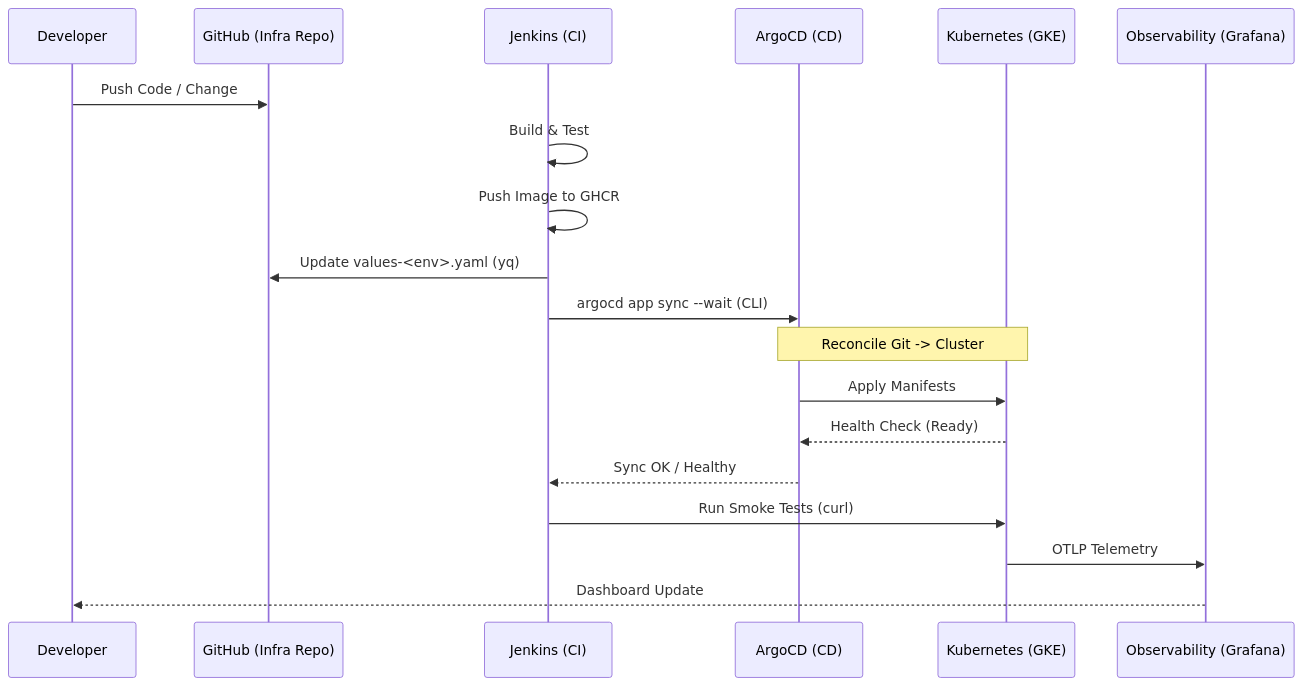
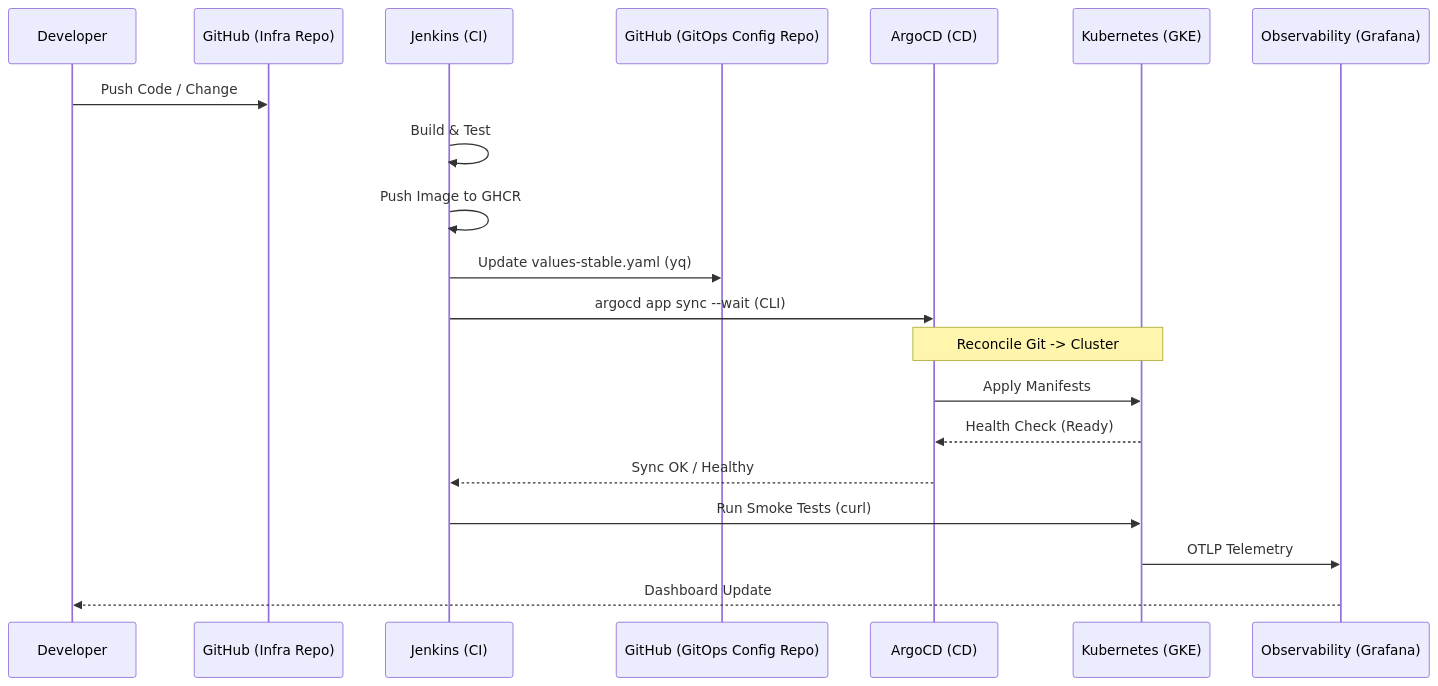
The fourth of 8 diagrams in README.md (nubenetes/jenkins-2026), drawn with Mermaid before and after one commit. The commit also changed other lines of this file, not shown here.

Commit message:
docs: improve and enrich all main README diagrams to cover Karpenter and GitOps decoupled flows

````diff
--- a/README.md
+++ b/README.md
@@ -409,22 +409,23 @@
 ```mermaid
 sequenceDiagram
     participant Dev as Developer
-    participant GH as GitHub (Infra Repo)
+    participant GH_Infra as GitHub (Infra Repo)
     participant J as Jenkins (CI)
+    participant GH_GitOps as GitHub (GitOps Config Repo)
     participant ACD as ArgoCD (CD)
     participant K8s as Kubernetes (GKE)
     participant Obs as Observability (Grafana)
 
-    Dev->>GH: Push Code / Change
+    Dev->>GH_Infra: Push Code / Change
     J->>J: Build & Test
     J->>J: Push Image to GHCR
-    J->>GH: Update values-<env>.yaml (yq)
+    J->>GH_GitOps: Update values-stable.yaml (yq)
     J->>ACD: argocd app sync --wait (CLI)
     Note over ACD,K8s: Reconcile Git -> Cluster
     ACD->>K8s: Apply Manifests
     K8s-->>ACD: Health Check (Ready)
     ACD-->>J: Sync OK / Healthy
     J->>K8s: Run Smoke Tests (curl)
     K8s->>Obs: OTLP Telemetry
     Obs-->>Dev: Dashboard Update
 ```
````
